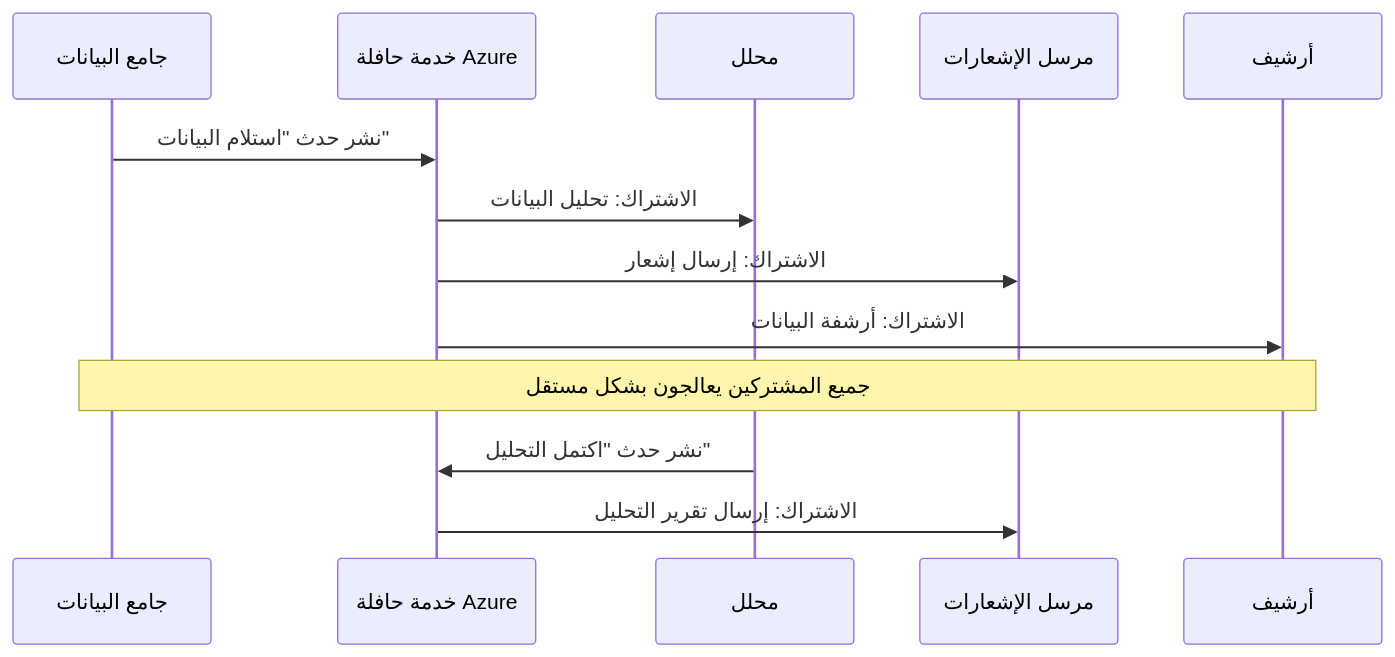
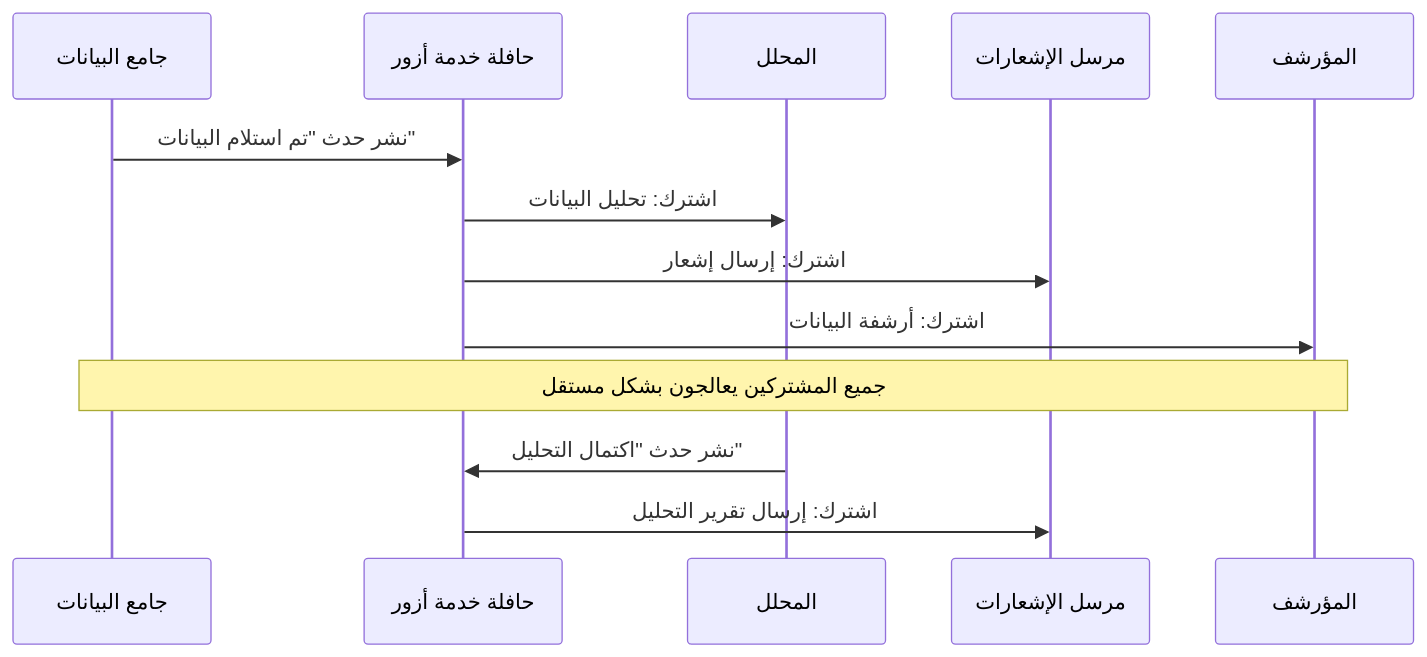
The fourth of 6 diagrams in translations/ar/docs/chapter-06-pre-deployment/coordination-patterns.md (microsoft/AZD-for-beginners), drawn with Mermaid before and after one commit. The commit also changed other lines of this file and 101 other files, not shown here.

````diff
--- a/translations/ar/docs/chapter-06-pre-deployment/coordination-patterns.md
+++ b/translations/ar/docs/chapter-06-pre-deployment/coordination-patterns.md
@@ -191,18 +185,18 @@
 ```mermaid
 sequenceDiagram
     participant Agent1 as جامع البيانات
-    participant EventBus as خدمة حافلة Azure
-    participant Agent2 as محلل
+    participant EventBus as حافلة خدمة أزور
+    participant Agent2 as المحلل
     participant Agent3 as مرسل الإشعارات
-    participant Agent4 as أرشيف
+    participant Agent4 as المؤرشف
     
-    Agent1->>EventBus: نشر حدث "استلام البيانات"
-    EventBus->>Agent2: الاشتراك: تحليل البيانات
-    EventBus->>Agent3: الاشتراك: إرسال إشعار
-    EventBus->>Agent4: الاشتراك: أرشفة البيانات
+    Agent1->>EventBus: نشر حدث "تم استلام البيانات"
+    EventBus->>Agent2: اشترك: تحليل البيانات
+    EventBus->>Agent3: اشترك: إرسال إشعار
+    EventBus->>Agent4: اشترك: أرشفة البيانات
     
     Note over Agent1,Agent4: جميع المشتركين يعالجون بشكل مستقل
     
-    Agent2->>EventBus: نشر حدث "اكتمل التحليل"
-    EventBus->>Agent3: الاشتراك: إرسال تقرير التحليل
+    Agent2->>EventBus: نشر حدث "اكتمال التحليل"
+    EventBus->>Agent3: اشترك: إرسال تقرير التحليل
 ```
````
